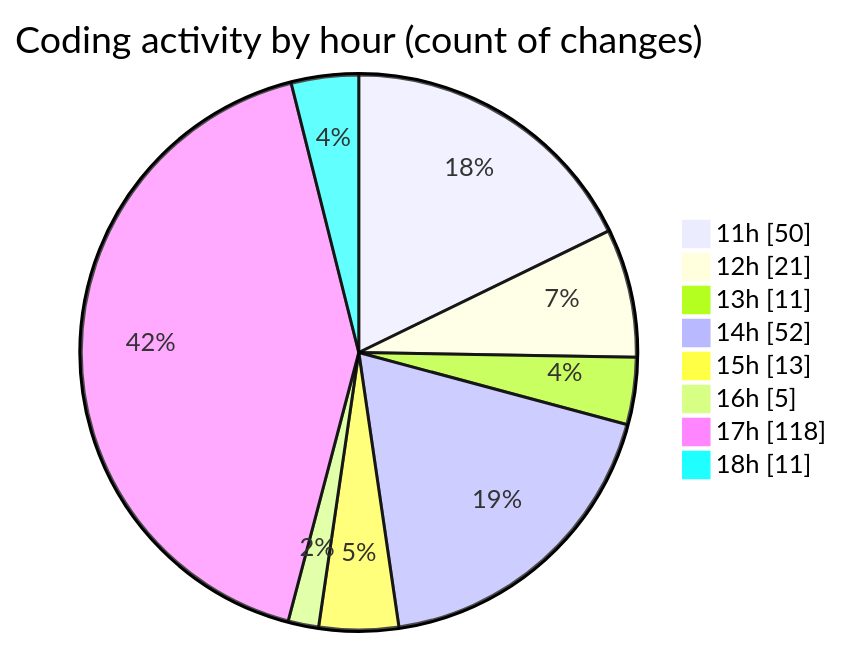
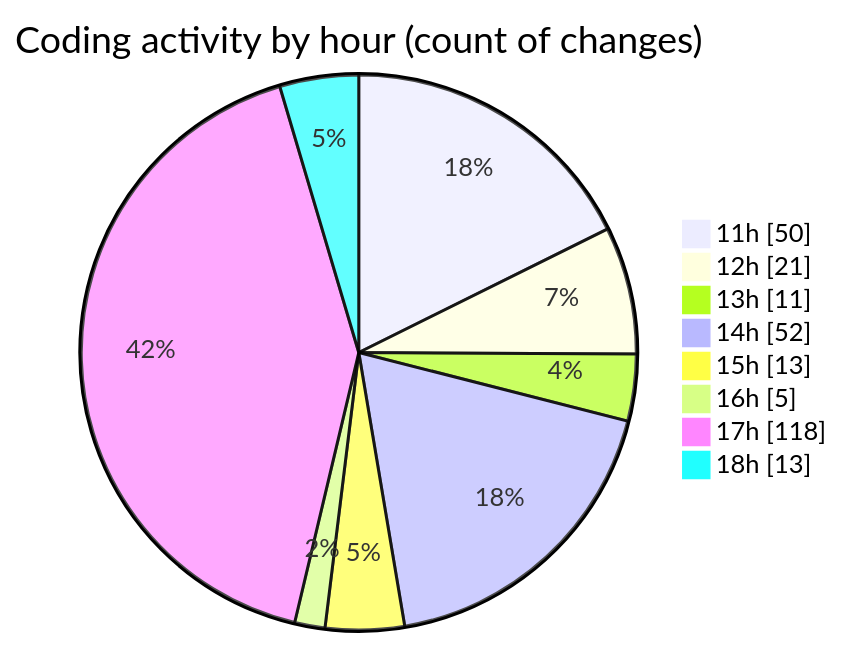
Before and after one commit to tmsrecording-cyber/code-tracking: the second of 2 diagrams in 2026-02-06/singularitybrainai/README.md, drawn with Mermaid. The commit also changed other lines of this file and 1 other file, not shown here.

````diff
--- a/2026-02-06/singularitybrainai/README.md
+++ b/2026-02-06/singularitybrainai/README.md
@@ -43,12 +44,12 @@
 ```mermaid
 pie showData
 title Coding activity by hour (count of changes)
 "11h" : 50
 "12h" : 21
 "13h" : 11
 "14h" : 52
 "15h" : 13
 "16h" : 5
 "17h" : 118
-"18h" : 11
+"18h" : 13
 ```
````
